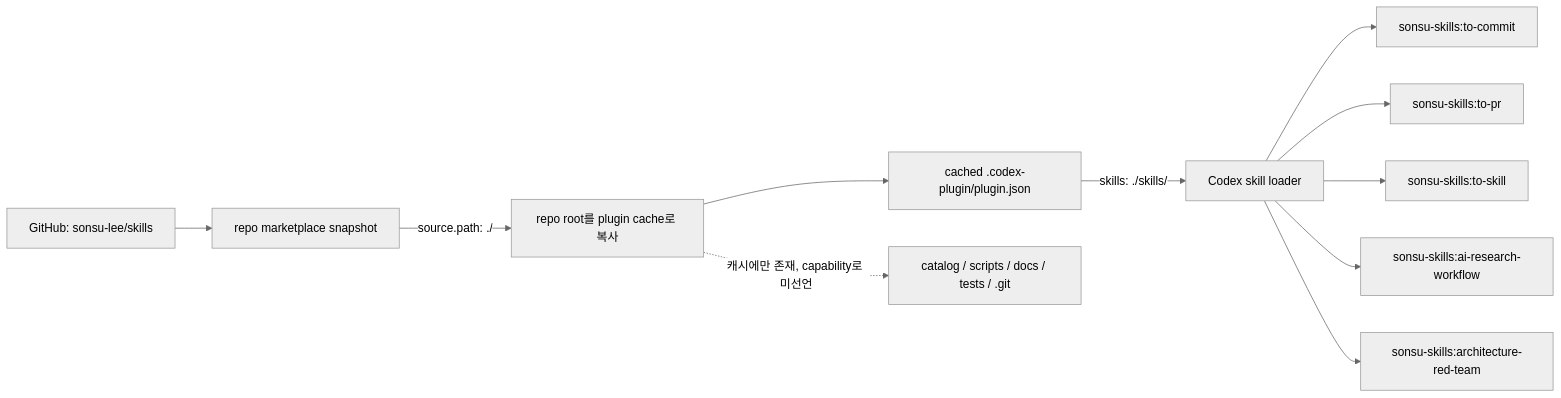
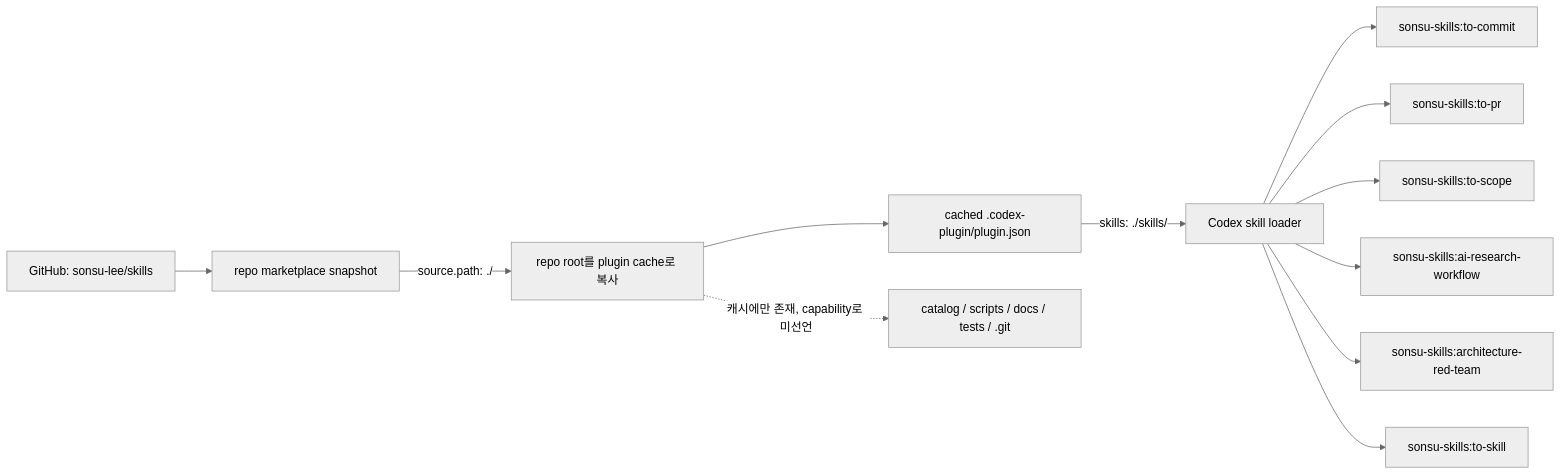
The diagram in docs/DESIGN.md (sonsu-lee/skills), drawn with Mermaid (neutral theme) before and after one commit. The commit also changed other lines of this file and 1 other file, not shown here.

Commit message:
docs(skills): explain owned scope refinement

````diff
--- a/docs/DESIGN.md
+++ b/docs/DESIGN.md
@@ -135,13 +135,14 @@
 ```mermaid
 flowchart LR
     A["GitHub: sonsu-lee/skills"] --> B["repo marketplace snapshot"]
     B -->|"source.path: ./"| C["repo root를 plugin cache로 복사"]
     C --> D["cached .codex-plugin/plugin.json"]
     D -->|"skills: ./skills/"| E["Codex skill loader"]
     E --> F["sonsu-skills:to-commit"]
     E --> G["sonsu-skills:to-pr"]
-    E --> H["sonsu-skills:to-skill"]
+    E --> H["sonsu-skills:to-scope"]
     E --> J["sonsu-skills:ai-research-workflow"]
     E --> K["sonsu-skills:architecture-red-team"]
+    E --> L["sonsu-skills:to-skill"]
     C -. "캐시에만 존재, capability로 미선언" .-> I["catalog / scripts / docs / tests / .git"]
 ```
````
